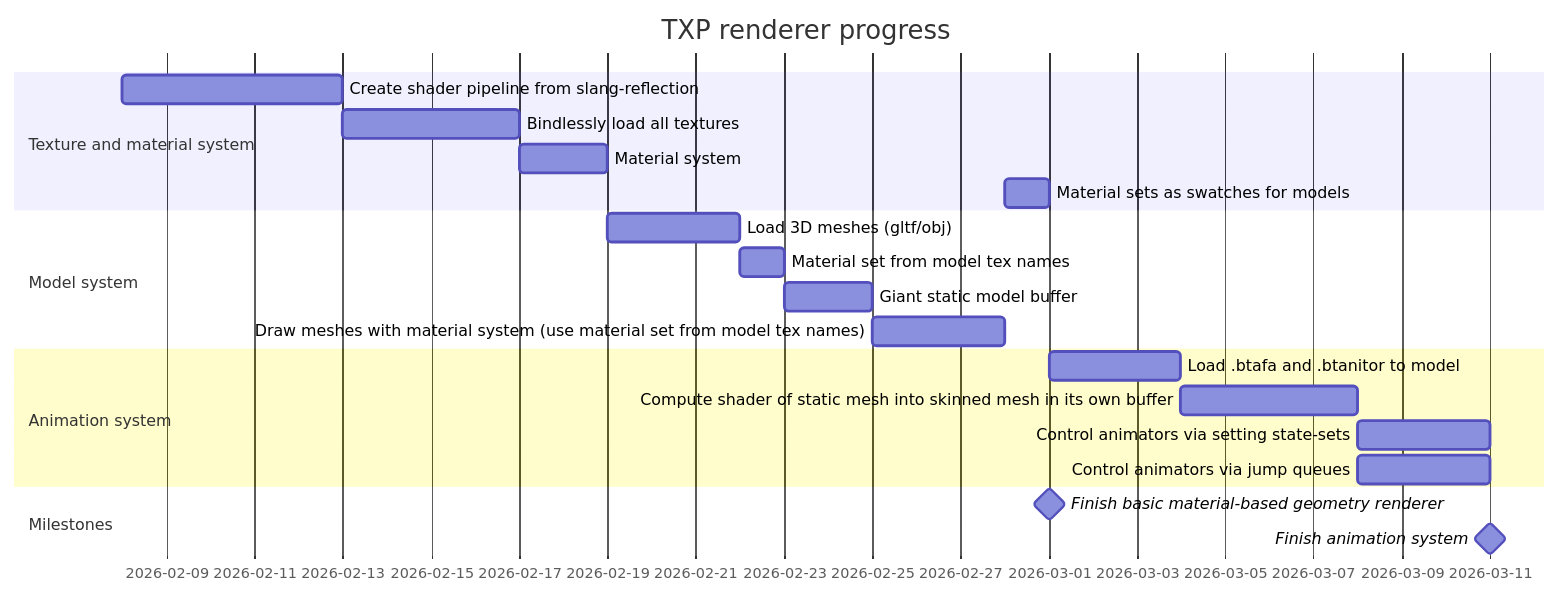
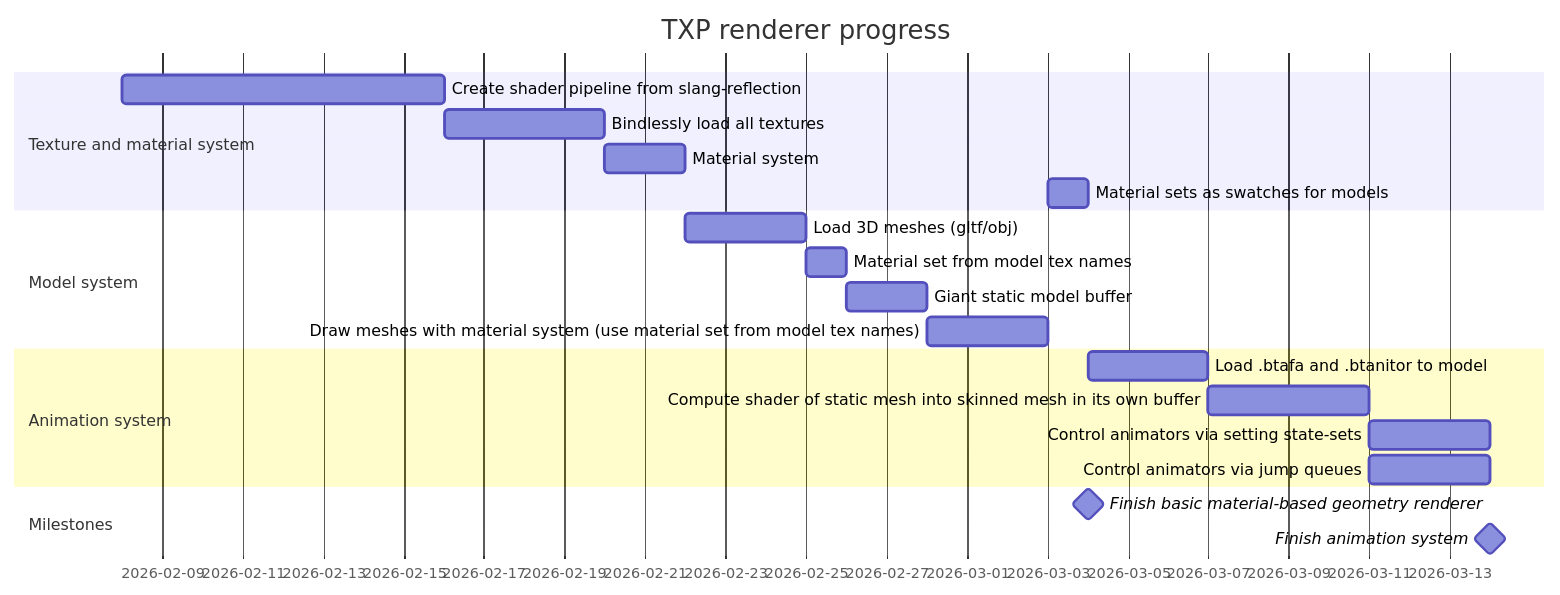
Before and after one commit to TheaGal/TXP_renderer: the first of 2 diagrams in README.md, drawn with Mermaid. The commit also changed 3 other files, not shown here.

````diff
--- a/README.md
+++ b/README.md
@@ -76,23 +76,23 @@
 ```mermaid
 gantt
     title TXP renderer progress
     dateFormat YYYY/MM/DD
     section Texture and material system
-        Create shader pipeline from slang-reflection  : a1, 2026/02/08, 5d
+        Create shader pipeline from slang-reflection  : a1, 2026/02/08, 8d
         Bindlessly load all textures          : a2, after a1, 4d
         Material system                       : a3, after a2, 2d
         Material sets as swatches for models  : a4, after a8, 1d
     section Model system
         Load 3D meshes (gltf/obj)         : a5, after a3, 3d
         Material set from model tex names : a6, after a5, 1d
         Giant static model buffer         : a7, after a6, 2d
         Draw meshes with material system (use material set from model tex names)  : a8, after a7, 3d
     section Animation system
         Load .btafa and .btanitor to model : a9, after m1, 3d
         Compute shader of static mesh into skinned mesh in its own buffer : a10, after a9, 4d
         Control animators via setting state-sets : a11, after a10, 3d
         Control animators via jump queues : a12, after a10, 3d
     section Milestones
         Finish basic material-based geometry renderer : milestone, m1, after a4, 0d
         Finish animation system : milestone, m2, after a12, 0d
 ```
````
